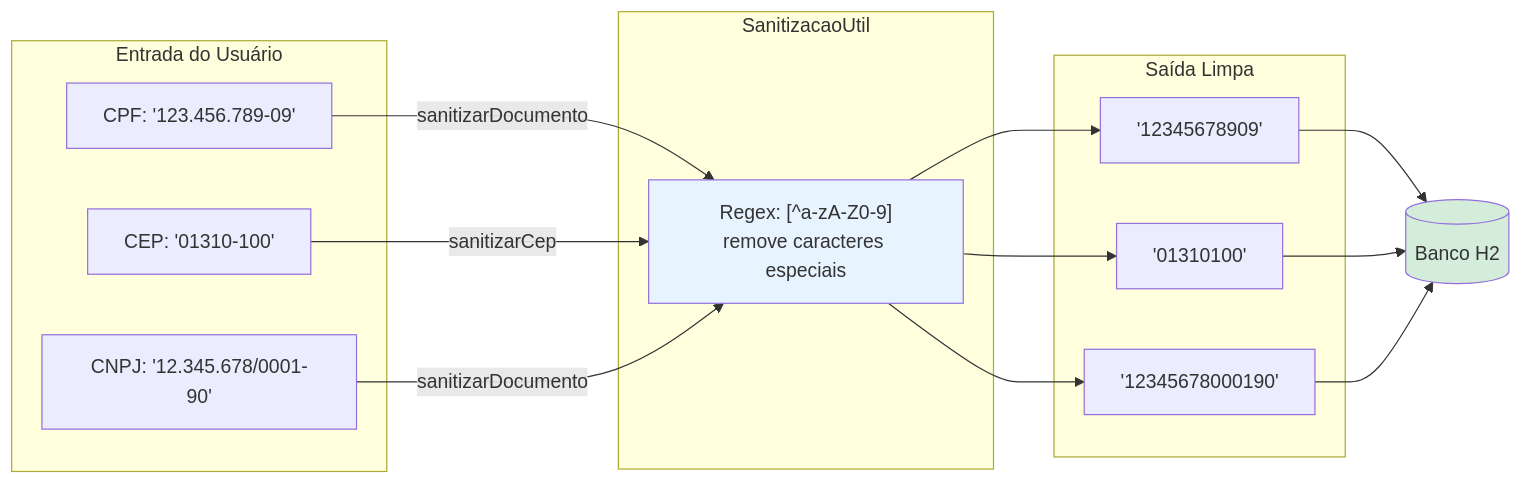
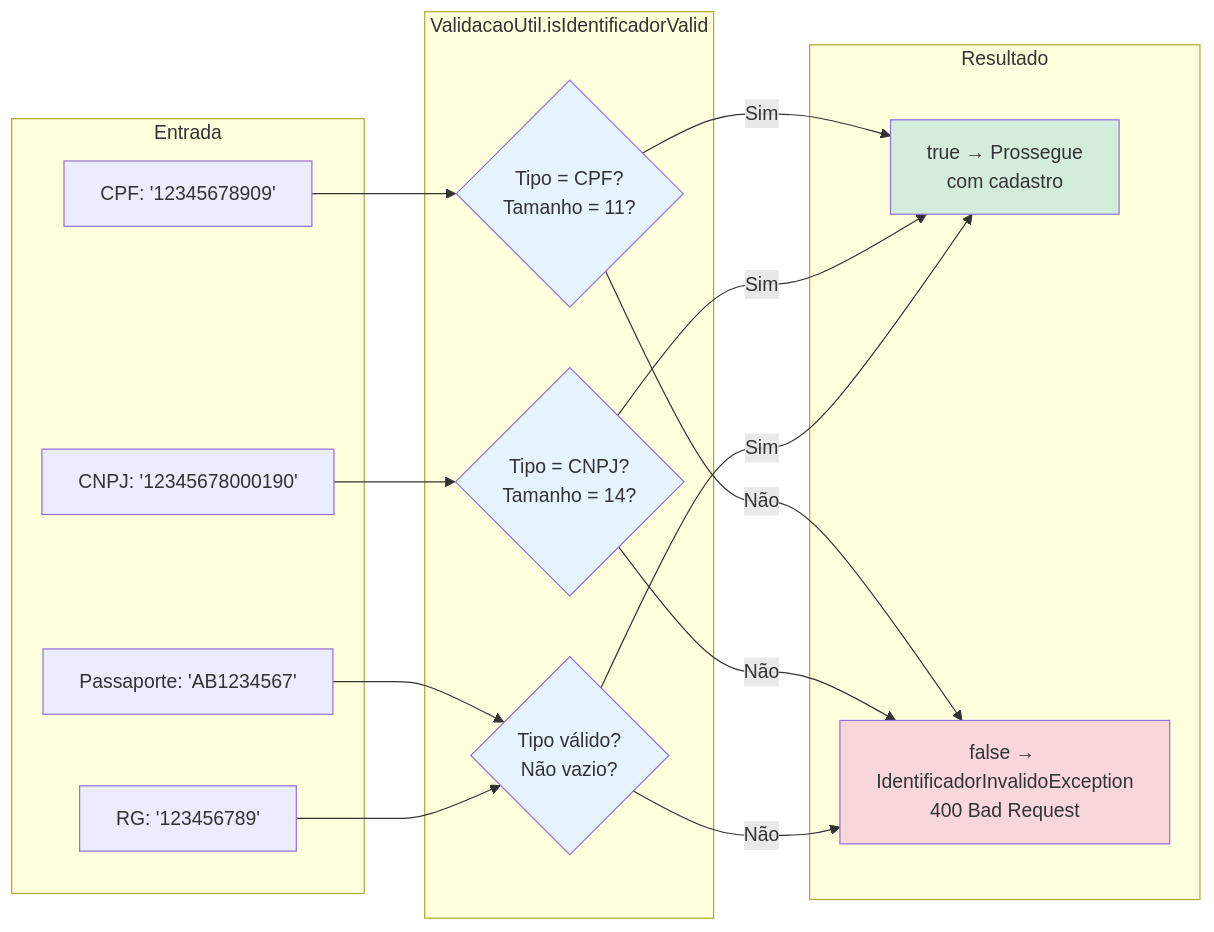
The tenth of 13 diagrams in fluxograma.md (GeciaraBoava/teste-bv), drawn with Mermaid before and after one commit. The commit also changed other lines of this file and 2 other files, not shown here.

````diff
--- a/fluxograma.md
+++ b/fluxograma.md
@@ -282,32 +326,38 @@
 ```mermaid
 flowchart LR
-    subgraph "Entrada do Usuário"
-        CPF["CPF: '123.456.789-09'"]
-        CEP["CEP: '01310-100'"]
-        CNPJ["CNPJ: '12.345.678/0001-90'"]
+    subgraph "Entrada"
+        CPF["CPF: '12345678909'"]
+        CNPJ["CNPJ: '12345678000190'"]
+        PASS["Passaporte: 'AB1234567'"]
+        RG["RG: '123456789'"]
     end
 
-    subgraph "SanitizacaoUtil"
-        S1["Regex: [^a-zA-Z0-9]<br/>remove caracteres especiais"]
+    subgraph "ValidacaoUtil.isIdentificadorValid"
+        V1{"Tipo = CPF?<br/>Tamanho = 11?"}
+        V2{"Tipo = CNPJ?<br/>Tamanho = 14?"}
+        V3{"Tipo válido?<br/>Não vazio?"}
     end
 
-    subgraph "Saída Limpa"
-        CPF_OK["'12345678909'"]
-        CEP_OK["'01310100'"]
-        CNPJ_OK["'12345678000190'"]
+    subgraph "Resultado"
+        OK["true → Prossegue<br/>com cadastro"]
+        FAIL["false → IdentificadorInvalidoException<br/>400 Bad Request"]
     end
 
-    CPF -->|sanitizarDocumento| S1
-    CEP -->|sanitizarCep| S1
-    CNPJ -->|sanitizarDocumento| S1
-    S1 --> CPF_OK
-    S1 --> CEP_OK
-    S1 --> CNPJ_OK
+    CPF --> V1
+    CNPJ --> V2
+    PASS --> V3
+    RG --> V3
 
-    CPF_OK --> DB[(Banco H2)]
-    CEP_OK --> DB
-    CNPJ_OK --> DB
+    V1 -->|Sim| OK
+    V1 -->|Não| FAIL
+    V2 -->|Sim| OK
+    V2 -->|Não| FAIL
+    V3 -->|Sim| OK
+    V3 -->|Não| FAIL
 
-    style S1 fill:#e7f3ff
-    style DB fill:#d4edda
+    style OK fill:#d4edda
+    style FAIL fill:#f8d7da
+    style V1 fill:#e7f3ff
+    style V2 fill:#e7f3ff
+    style V3 fill:#e7f3ff
 ```
````
